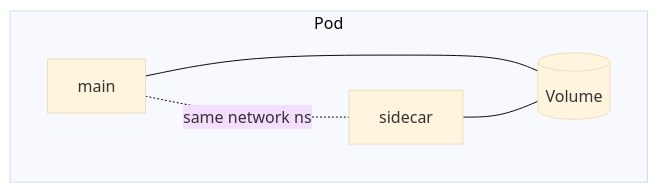
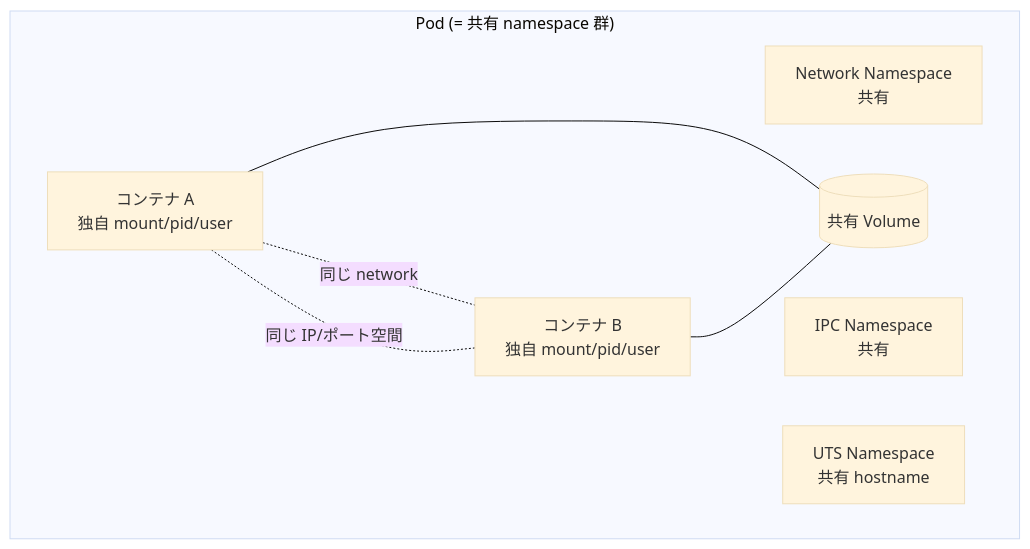
Before and after one commit to swallowsaba/introduction-k8s: the first of 7 diagrams in docs/02-resources/pod.md, drawn with Mermaid (base theme). The commit also changed other lines of this file and 12 other files, not shown here.

````diff
--- a/docs/02-resources/pod.md
+++ b/docs/02-resources/pod.md
@@ -30,11 +51,15 @@
 ```mermaid
 flowchart TB
-    subgraph Pod
-        c1[main]
-        c2[sidecar]
-        v[(Volume)]
+    subgraph Pod["Pod (= 共有 namespace 群)"]
+        net[Network Namespace<br>共有]
+        ipc[IPC Namespace<br>共有]
+        utsns[UTS Namespace<br>共有 hostname]
+        c1[コンテナ A<br>独自 mount/pid/user]
+        c2[コンテナ B<br>独自 mount/pid/user]
+        v[(共有 Volume)]
+        c1 -.同じ network.- c2
+        c1 -.同じ IP/ポート空間.- c2
         c1 --- v
         c2 --- v
-        c1 -.same network ns.- c2
     end
 ```
````
